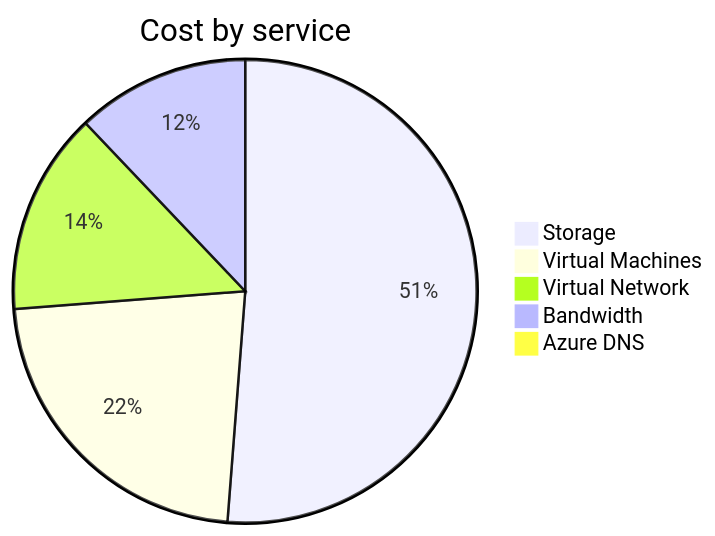
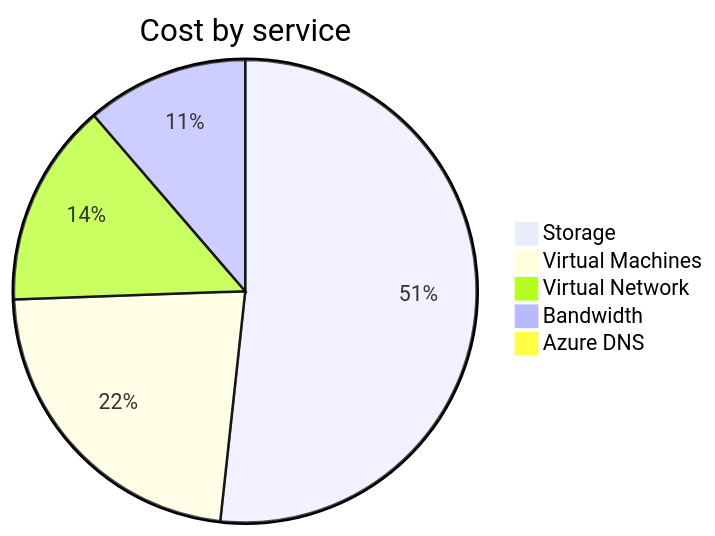
The second of 4 diagrams in cost-reports/personal-network/README.md (jpfulton/azure-personal-reports), drawn with Mermaid before and after one commit. The commit also changed other lines of this file and 8 other files, not shown here.

````diff
--- a/cost-reports/personal-network/README.md
+++ b/cost-reports/personal-network/README.md
@@ -97,9 +97,9 @@
 ```mermaid
 pie
    title Cost by service
-   "Storage" : 11.27
-   "Virtual Machines" : 4.96
-   "Virtual Network" : 3.11
+   "Storage" : 12.16
+   "Virtual Machines" : 5.34
+   "Virtual Network" : 3.35
    "Bandwidth" : 2.66
-   "Azure DNS" : 0.21
+   "Azure DNS" : 0.23
 ```
````
